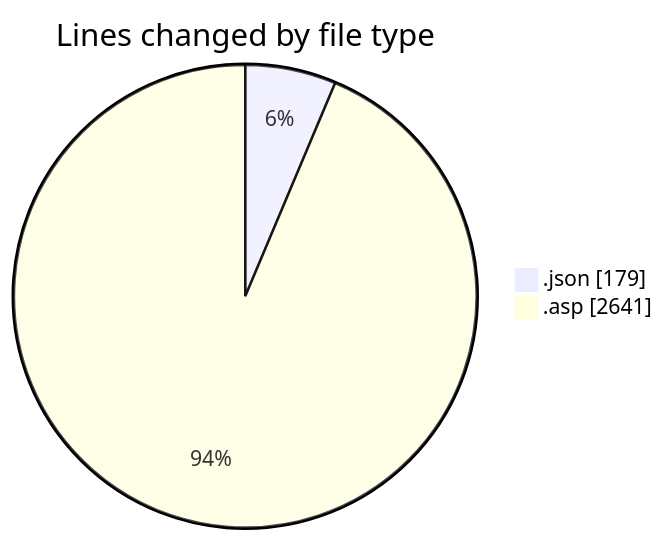
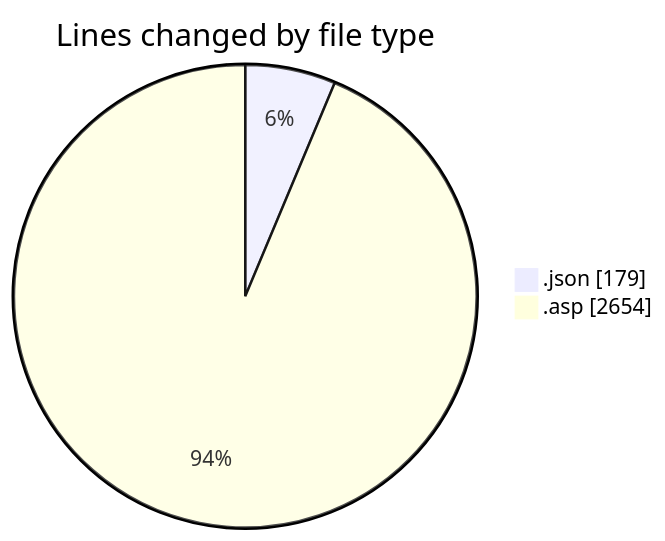
One commit to julien-gomy/code-tracking changed the first of 2 diagrams in 2025-11-17/cdp_aleoudev_fr__workspace_/README.md. Above: the diagram before and after it, drawn with Mermaid. The commit also changed other lines of this file and 1 other file, not shown here.

````diff
--- a/2025-11-17/cdp_aleoudev_fr__workspace_/README.md
+++ b/2025-11-17/cdp_aleoudev_fr__workspace_/README.md
@@ -22,6 +22,6 @@
 ```mermaid
 pie showData
 title Lines changed by file type
 ".json" : 179
-".asp" : 2641
+".asp" : 2654
 ```
````
